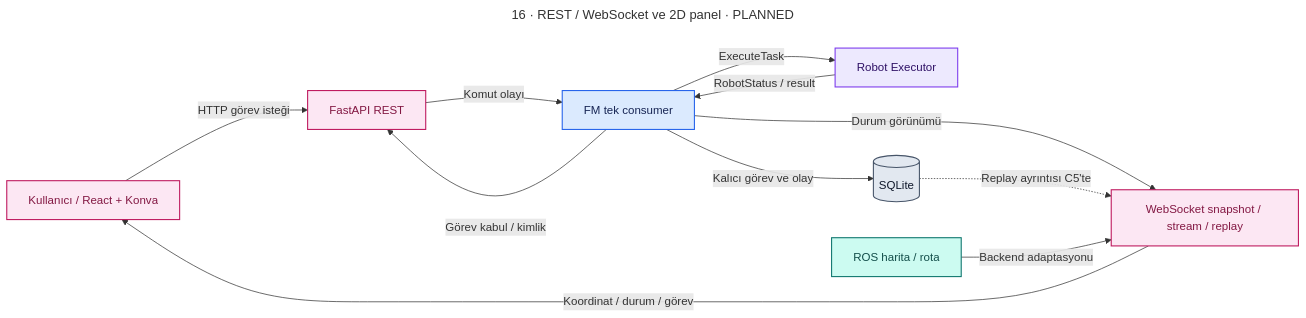
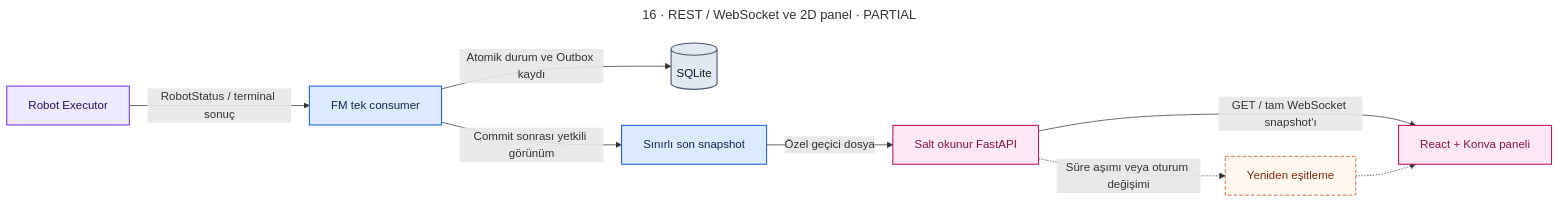
Before and after one commit to m-gnr/ros2-fleet-manager: diagram 16 of 18 in docs/diagrams/README.md, drawn with Mermaid. The commit also changed other lines of this file and 49 other files, not shown here.

````diff
--- a/docs/diagrams/README.md
+++ b/docs/diagrams/README.md
@@ -937,27 +931,23 @@
 ```mermaid
 ---
-title: "16 · REST / WebSocket ve 2D panel · PLANNED"
+title: "16 · REST / WebSocket ve 2D panel · PARTIAL"
 ---
 flowchart LR
- U["Kullanıcı / React + Konva"]:::ui -->|"HTTP görev isteği"| API["FastAPI REST"]:::ui
- API -->|"Komut olayı"| Q["FM tek consumer"]:::fm
- Q -->|"Görev kabul / kimlik"| API
- Q -->|"ExecuteTask"| EX["Robot Executor"]:::executor
- EX -->|"RobotStatus / result"| Q
- Q -->|"Kalıcı görev ve olay"| DB[("SQLite")]:::db
- Q -->|"Durum görünümü"| WS["WebSocket snapshot / stream / replay"]:::ui
- DB -.->|"Replay ayrıntısı C5'te"| WS
- WS -->|"Koordinat / durum / görev"| U
- NAV["ROS harita / rota"]:::nav -->|"Backend adaptasyonu"| WS
+ EX["Robot Executor"]:::executor -->|"RobotStatus / terminal sonuç"| Q["FM tek consumer"]:::fm
+ Q -->|"Atomik durum ve Outbox kaydı"| DB[("SQLite")]:::db
+ Q -->|"Commit sonrası yetkili görünüm"| S["Sınırlı son snapshot"]:::fm
+ S -->|"Özel geçici dosya"| API["Salt okunur FastAPI"]:::ui
+ API -->|"GET / tam WebSocket snapshot'ı"| U["React + Konva paneli"]:::ui
+ API -.->|"Süre aşımı veya oturum değişimi"| R["Yeniden eşitleme"]:::wait
+ R -.-> U
 
  classDef fm fill:#dbeafe,stroke:#2563eb,color:#172554,stroke-width:1.5px;
  classDef executor fill:#ede9fe,stroke:#7c3aed,color:#2e1065,stroke-width:1.5px;
- classDef nav fill:#ccfbf1,stroke:#0f766e,color:#134e4a,stroke-width:1.5px;
  classDef battery fill:#fef3c7,stroke:#d97706,color:#78350f,stroke-width:1.5px;
  classDef db fill:#e2e8f0,stroke:#475569,color:#0f172a,stroke-width:1.5px;
  classDef ui fill:#fce7f3,stroke:#be185d,color:#831843,stroke-width:1.5px;
  classDef decision fill:#fff,stroke:#334155,color:#0f172a,stroke-width:2px;
  classDef error fill:#fee2e2,stroke:#dc2626,color:#7f1d1d,stroke-width:2px;
  classDef wait fill:#fff7ed,stroke:#c2410c,color:#7c2d12,stroke-dasharray:5 3;
  classDef terminal fill:#dcfce7,stroke:#15803d,color:#14532d,stroke-width:2px;
 ```
````
